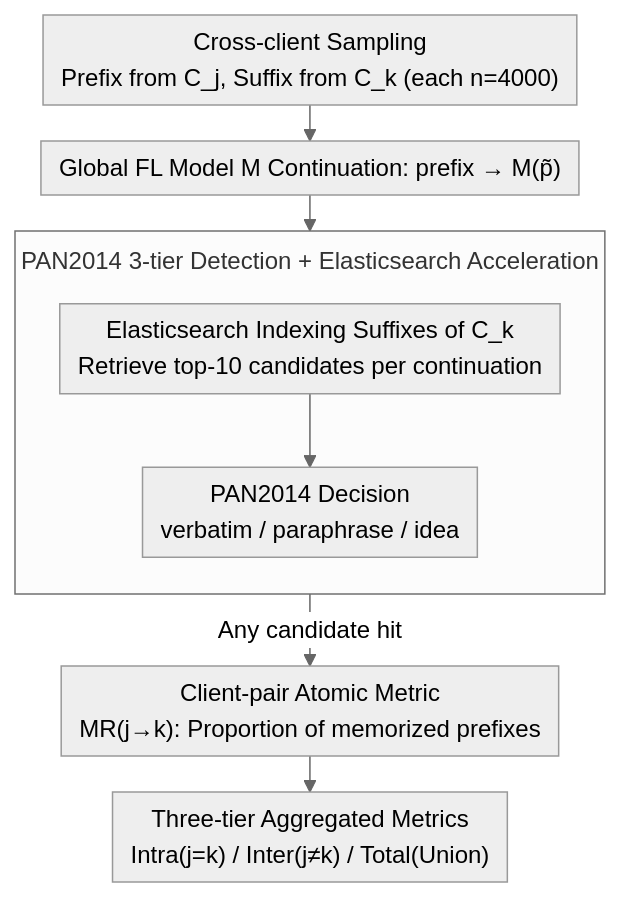
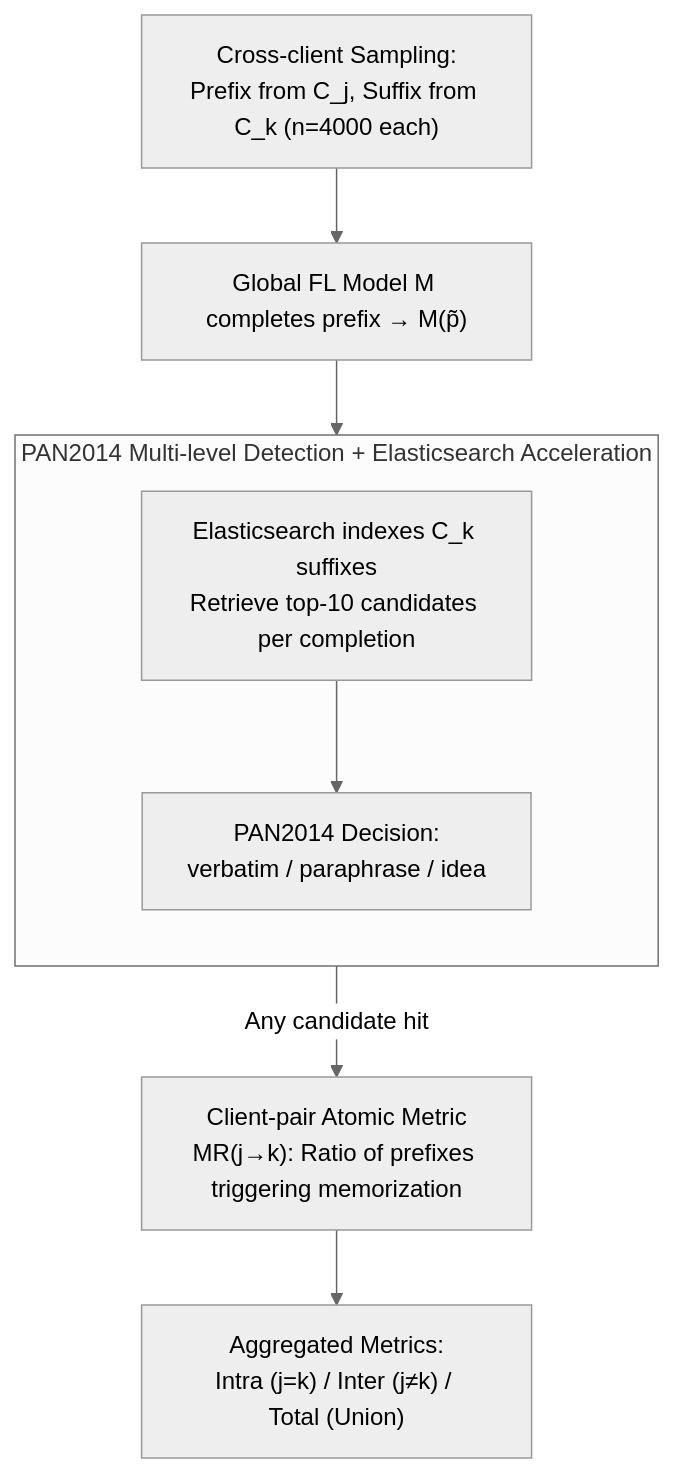
The diagram in docs/ACL2026/llm_safety/exploring_cross-client_memorization_of_training_data_in_large_language_models_fo.md (zhaoyang97/Paper-Notes-en), drawn with Mermaid (neutral theme) before and after one commit. The commit also changed other lines of this file and 5084 other files, not shown here.

````diff
--- a/docs/ACL2026/llm_safety/exploring_cross-client_memorization_of_training_data_in_large_language_models_fo.md
+++ b/docs/ACL2026/llm_safety/exploring_cross-client_memorization_of_training_data_in_large_language_models_fo.md
@@ -44,12 +44,11 @@
 ```mermaid
-%%{init: {'flowchart': {'rankSpacing': 24, 'nodeSpacing': 28, 'padding': 6, 'wrappingWidth': 400, 'subGraphTitleMargin': {'top': 8, 'bottom': 16}}}}%%
-flowchart TD
-    A["Cross-client Sampling<br/>Prefix from C_j, Suffix from C_k (each n=4000)"] --> B["Global FL Model M Continuation: prefix → M(p̃)"]
-    subgraph DET["PAN2014 3-tier Detection + Elasticsearch Acceleration"]
+graph TD
+    A["Cross-client Sampling:<br/>Prefix from C_j, Suffix from C_k (n=4000 each)"] --> B["Global FL Model M completes prefix → M(p̃)"]
+    subgraph DET["PAN2014 Multi-level Detection + Elasticsearch Acceleration"]
         direction TB
-        C["Elasticsearch Indexing Suffixes of C_k<br/>Retrieve top-10 candidates per continuation"] --> D["PAN2014 Decision<br/>verbatim / paraphrase / idea"]
+        C["Elasticsearch indexes C_k suffixes<br/>Retrieve top-10 candidates per completion"] --> D["PAN2014 Decision:<br/>verbatim / paraphrase / idea"]
     end
     B --> C
-    D -->|Any candidate hit| E["Client-pair Atomic Metric<br/>MR(j→k): Proportion of memorized prefixes"]
-    E --> F["Three-tier Aggregated Metrics<br/>Intra(j=k) / Inter(j≠k) / Total(Union)"]
+    D -->|Any candidate hit| E["Client-pair Atomic Metric<br/>MR(j→k): Ratio of prefixes triggering memorization"]
+    E --> F["Aggregated Metrics:<br/>Intra (j=k) / Inter (j≠k) / Total (Union)"]
 ```
````
